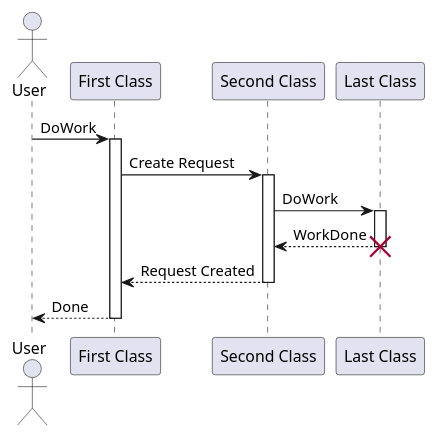
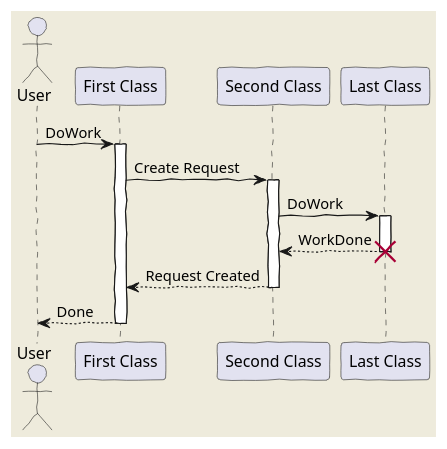
Before and after one commit to changmu/NoteBook: the diagram in DesignPattern/puml_example/time_sequenct.puml, drawn with PlantUML. The commit also changed 4 other files, not shown here.

```diff
--- a/DesignPattern/puml_example/time_sequenct.puml
+++ b/DesignPattern/puml_example/time_sequenct.puml
@@ -1,19 +1,45 @@
 @startuml
-' skinparam monochrome true
+skinparam backgroundColor #EEEBDC
+skinparam handwritten true
+
+' skinparam sequence {
+' 	ArrowColor DeepSkyBlue
+' 	ActorBorderColor DeepSkyBlue
+' 	LifeLineBorderColor blue
+' 	LifeLineBackgroundColor #A9DCDF
+	
+' 	ParticipantBorderColor DeepSkyBlue
+' 	ParticipantBackgroundColor DodgerBlue
+' 	ParticipantFontName Impact
+' 	ParticipantFontSize 17
+' 	ParticipantFontColor #A9DCDF
+	
+' 	ActorBackgroundColor aqua
+' 	ActorFontColor DeepSkyBlue
+' 	ActorFontSize 17
+' 	ActorFontName Aapex
+' }
+
 actor User
 participant "First Class" as A
 participant "Second Class" as B
 participant "Last Class" as C
+
 User -> A: DoWork
 activate A
+
 A -> B: Create Request
 activate B
+
 B -> C: DoWork
 activate C
 C --> B: WorkDone
 destroy C
+
 B --> A: Request Created
 deactivate B
+
 A --> User: Done
 deactivate A
+
 @enduml
```
